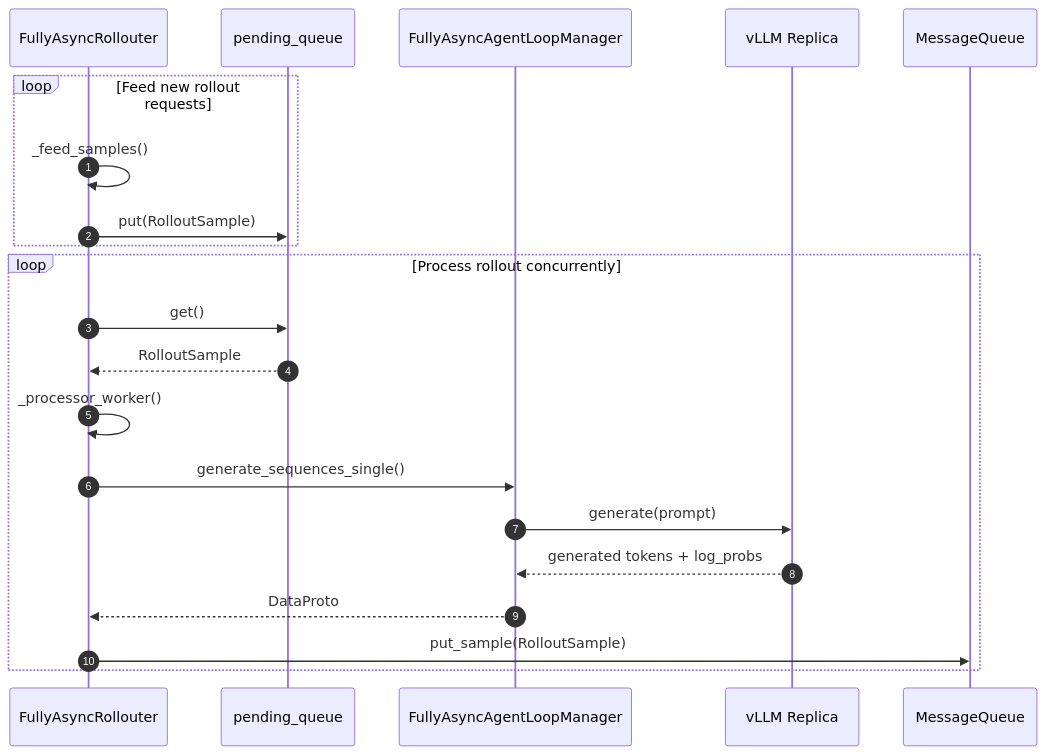
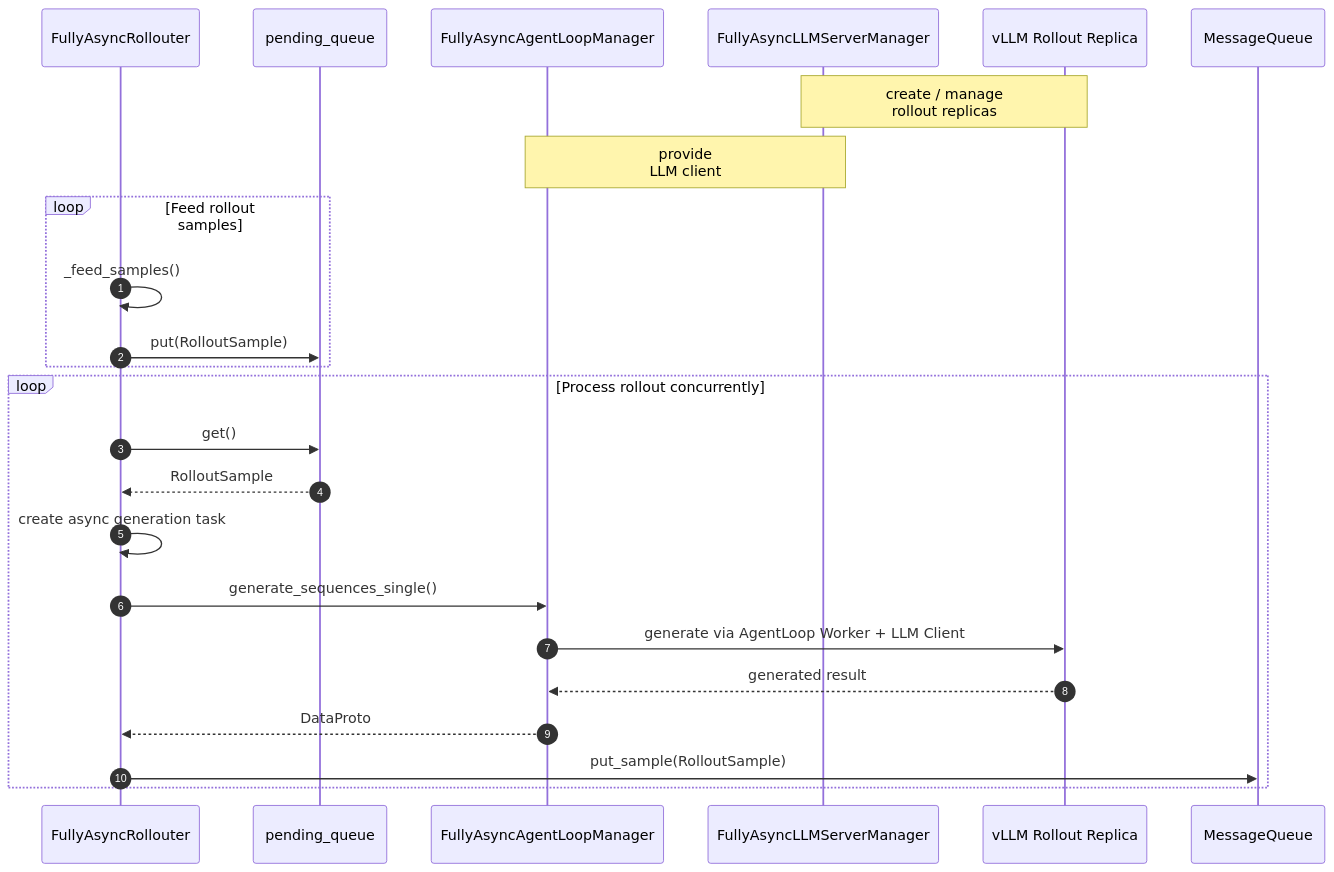
One commit to Vivicai1005/verl-rocm-tutorials changed the second of 2 diagrams in fully_async_code_walkthrough.md. Above: the diagram before and after it, drawn with Mermaid. The commit also changed other lines of this file, not shown here.

First line of the commit message:
Enhance documentation on Fully Async Training components

````diff
--- a/fully_async_code_walkthrough.md
+++ b/fully_async_code_walkthrough.md
@@ -107,29 +127,33 @@
 ```mermaid
 sequenceDiagram
     autonumber
 
     participant R as FullyAsyncRollouter
     participant PQ as pending_queue
     participant ALM as FullyAsyncAgentLoopManager
-    participant V as vLLM Replica
+    participant SM as FullyAsyncLLMServerManager
+    participant V as vLLM Rollout Replica
     participant MQ as MessageQueue
 
-    loop Feed new rollout requests
+    Note over SM,V: create / manage<br/>rollout replicas
+    Note over ALM,SM: provide<br/>LLM client
+
+    loop Feed rollout samples
         R->>R: _feed_samples()
         R->>PQ: put(RolloutSample)
     end
 
     loop Process rollout concurrently
         R->>PQ: get()
         PQ-->>R: RolloutSample
 
-        R->>R: _processor_worker()
+        R->>R: create async generation task
         R->>ALM: generate_sequences_single()
 
-        ALM->>V: generate(prompt)
-        V-->>ALM: generated tokens + log_probs
+        ALM->>V: generate via AgentLoop Worker + LLM Client
+        V-->>ALM: generated result
 
         ALM-->>R: DataProto
         R->>MQ: put_sample(RolloutSample)
     end
 ```
````
